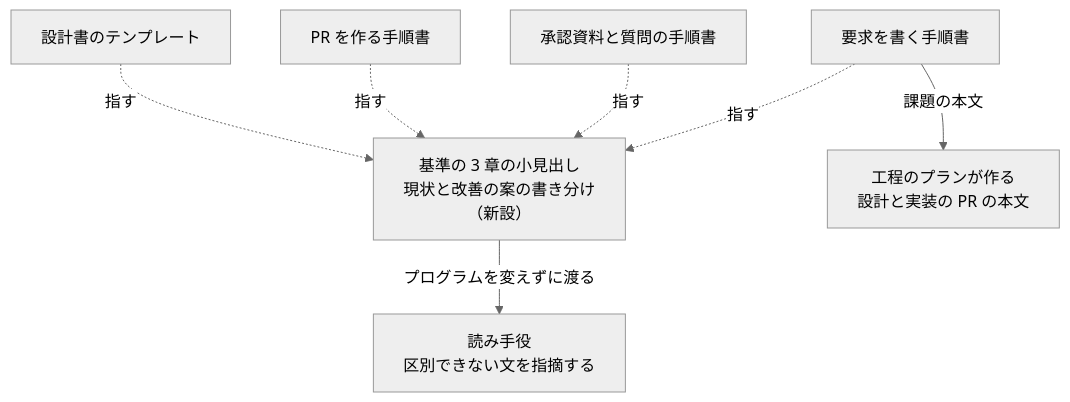
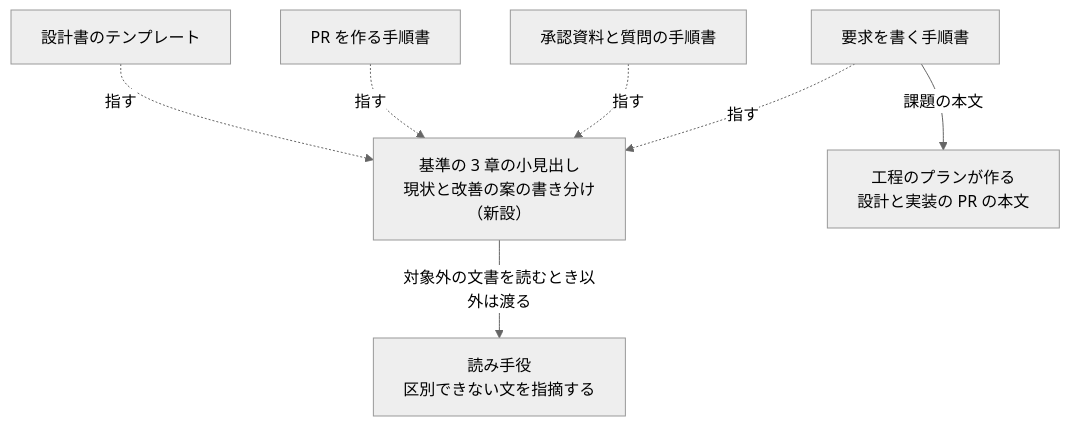
One commit to devbasex/ai-plugins changed the second of 2 diagrams in issues/issue-4543-design.md. Above: the diagram before and after it, drawn with Mermaid (neutral theme). The commit also changed other lines of this file, not shown here.

````diff
--- a/issues/issue-4543-design.md
+++ b/issues/issue-4543-design.md
@@ -39,10 +39,10 @@
 ```mermaid
 graph TD
     S["基準の 3 章の小見出し<br/>現状と改善の案の書き分け<br/>（新設）"]
     T["設計書のテンプレート"] -.->|指す| S
     P["PR を作る手順書"] -.->|指す| S
     A["承認資料と質問の手順書"] -.->|指す| S
     Q["要求を書く手順書"] -.->|指す| S
     Q -->|課題の本文| B["工程のプランが作る<br/>設計と実装の PR の本文"]
-    S -->|プログラムを変えずに渡る| R["読み手役<br/>区別できない文を指摘する"]
+    S -->|対象外の文書を読むとき以外は渡る| R["読み手役<br/>区別できない文を指摘する"]
 ```
````
